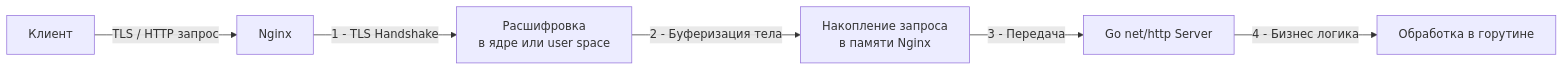
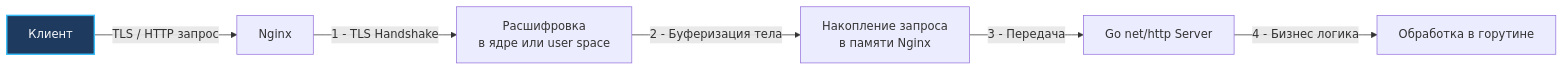
One commit to UnrealTemplier/go-textbook changed the diagram in sources/9. Бэкенд на Go (Практика разработки)/38. Конфигурация nginx.md. Above: the diagram before and after it, drawn with Mermaid. The commit also changed 1666 other files, not shown here.

First line of the commit message:
feat(mermaid): add semantic color classDef to 1369 colorless flowchart/graph diagrams

````diff
--- a/sources/9. Бэкенд на Go (Практика разработки)/38. Конфигурация nginx.md
+++ b/sources/9. Бэкенд на Go (Практика разработки)/38. Конфигурация nginx.md
@@ -15,8 +15,18 @@
 ```mermaid
 graph LR
-    A["Клиент"] -->|"TLS / HTTP запрос"| B["Nginx"]
+    classDef process  fill:#1e293b,stroke:#38bdf8,stroke-width:1px,color:#f8fafc
+    classDef success  fill:#064e3b,stroke:#34d399,stroke-width:1px,color:#f8fafc
+    classDef error    fill:#7f1d1d,stroke:#f87171,stroke-width:1px,color:#f8fafc
+    classDef warning  fill:#78350f,stroke:#fbbf24,stroke-width:1px,color:#f8fafc
+    classDef entry    fill:#1e3a5f,stroke:#38bdf8,stroke-width:2px,color:#f8fafc
+    classDef aux      fill:#334155,stroke:#64748b,stroke-width:1px,color:#f8fafc
+    classDef system   fill:#312e81,stroke:#a78bfa,stroke-width:1px,color:#f8fafc
+    classDef data     fill:#132d29,stroke:#2dd4bf,stroke-width:1px,color:#f8fafc
+    classDef network  fill:#881337,stroke:#fb7185,stroke-width:1px,color:#f8fafc
+    classDef accent   fill:#1e1b4b,stroke:#818cf8,stroke-width:1px,color:#f8fafc
+    A["Клиент"]:::entry -->|"TLS / HTTP запрос"| B["Nginx"]
     B -->|"1 - TLS Handshake"| C["Расшифровка<br>в ядре или user space"]
     C -->|"2 - Буферизация тела"| D["Накопление запроса<br>в памяти Nginx"]
     D -->|"3 - Передача"| E["Go net/http Server"]
     E -->|"4 - Бизнес логика"| F["Обработка в горутине"]
 ```
````
